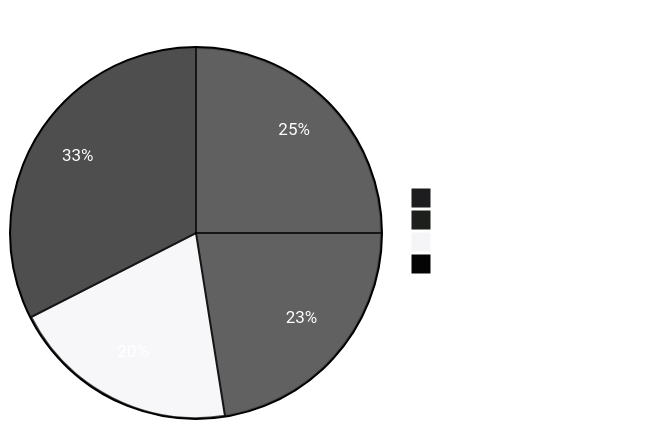
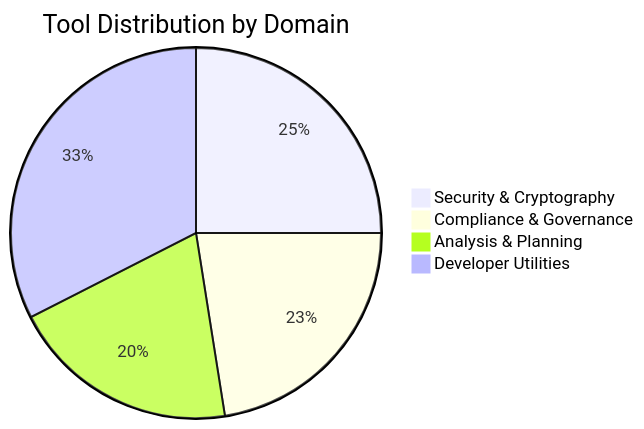
Before and after one commit to kleinnner/Anticloud: the second of 2 diagrams in wiki-content/Tools.md, drawn with Mermaid. The commit also changed other lines of this file and 23 other files, not shown here.

Commit message:
fix(wiki): strip Mermaid init directives, use compat syntax for GH Wiki renderer

````diff
--- a/wiki-content/Tools.md
+++ b/wiki-content/Tools.md
@@ -74,9 +73,8 @@
 ```mermaid
-%%{init: { 'theme': 'base', 'themeVariables': { 'primaryColor': '#1d1d1f', 'primaryTextColor': '#fff', 'primaryBorderColor': '#333', 'lineColor': '#0071e3', 'tertiaryColor': '#f5f5f7' } }}%%
-pie showData
+pie
     title Tool Distribution by Domain
     "Security & Cryptography" : 10
     "Compliance & Governance" : 9
     "Analysis & Planning" : 8
     "Developer Utilities" : 13
 ```
````
